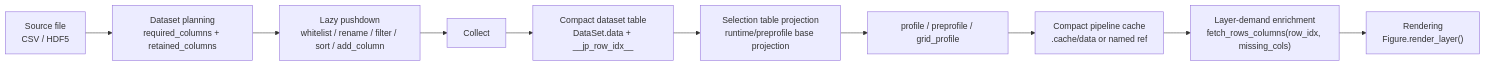
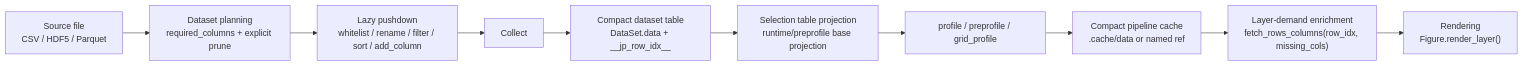
The diagram in docs/design/ARCHITECTURE_OVERVIEW.md (Pengxuan-Zhu-Phys/Jarvis-PLOT), drawn with Mermaid before and after one commit. The commit also changed other lines of this file and 2 other files, not shown here.

Commit message:
Update Data processing memery usage, update parquet data load mode

````diff
--- a/docs/design/ARCHITECTURE_OVERVIEW.md
+++ b/docs/design/ARCHITECTURE_OVERVIEW.md
@@ -57,12 +57,12 @@
 ```mermaid
 flowchart LR
-    A["Source file<br/>CSV / HDF5"] --> B["Dataset planning<br/>required_columns + retained_columns"]
+    A["Source file<br/>CSV / HDF5 / Parquet"] --> B["Dataset planning<br/>required_columns + explicit prune"]
     B --> C["Lazy pushdown<br/>whitelist / rename / filter / sort / add_column"]
     C --> D["Collect"]
     D --> E["Compact dataset table<br/>DataSet.data + __jp_row_idx__"]
     E --> F["Selection table projection<br/>runtime/preprofile base projection"]
     F --> G["profile / preprofile / grid_profile"]
     G --> H["Compact pipeline cache<br/>.cache/data or named ref"]
     H --> I["Layer-demand enrichment<br/>fetch_rows_columns(row_idx, missing_cols)"]
     I --> J["Rendering<br/>Figure.render_layer()"]
 ```
````
